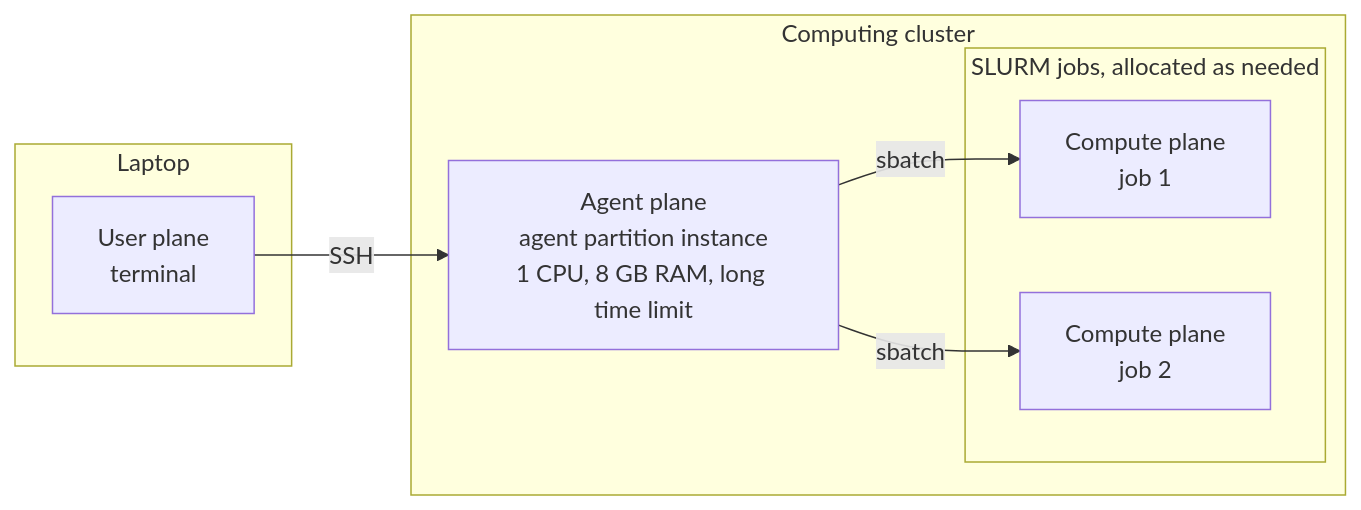
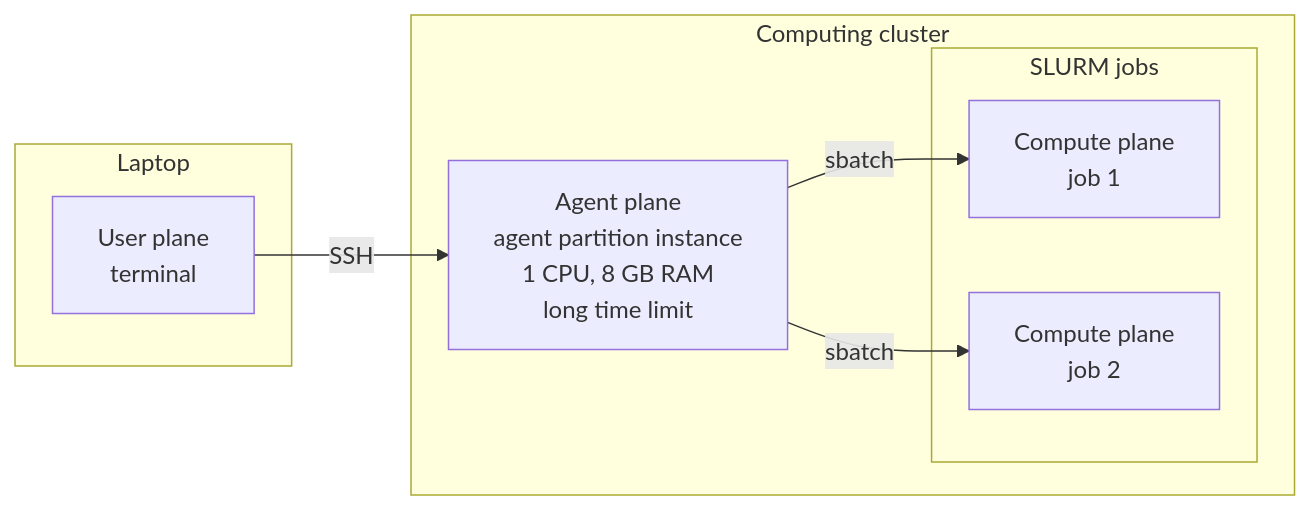
One commit to caseywdunn/dunnlab_code changed the third of 3 diagrams in docs/claude-intro.md. Above: the diagram before and after it, drawn with Mermaid. The commit also changed other lines of this file and 7 other files, not shown here.

First line of the commit message:
Make plane diagrams horizontal and fix clipped titles

````diff
--- a/docs/claude-intro.md
+++ b/docs/claude-intro.md
@@ -149,16 +150,16 @@
 ```mermaid
 flowchart LR
   subgraph laptop["Laptop"]
     U["User plane<br/>terminal"]
   end
   subgraph cluster["Computing cluster"]
-    A["Agent plane<br/>agent partition instance<br/>1 CPU, 8 GB RAM, long time limit"]
-    subgraph jobs["SLURM jobs, allocated as needed"]
+    A["Agent plane<br/>agent partition instance<br/>1 CPU, 8 GB RAM<br/>long time limit"]
+    subgraph jobs["SLURM jobs"]
       C1["Compute plane<br/>job 1"]
       C2["Compute plane<br/>job 2"]
     end
   end
   U -- "SSH" --> A
   A -- "sbatch" --> C1
   A -- "sbatch" --> C2
 ```
````
